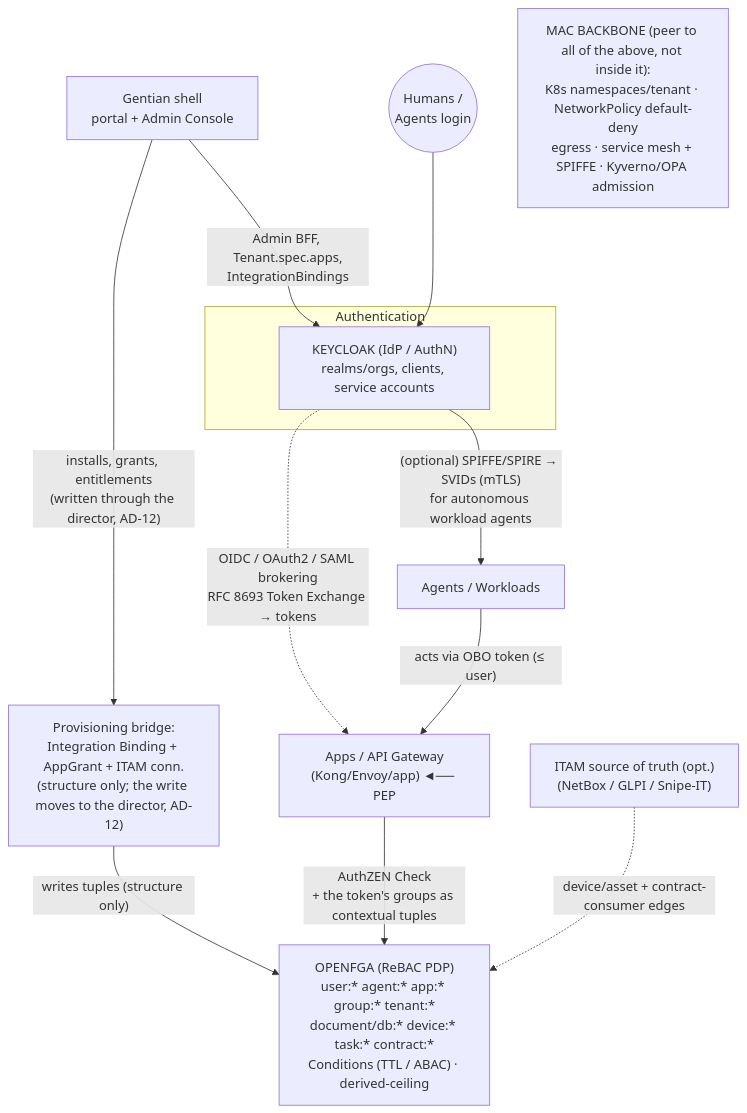
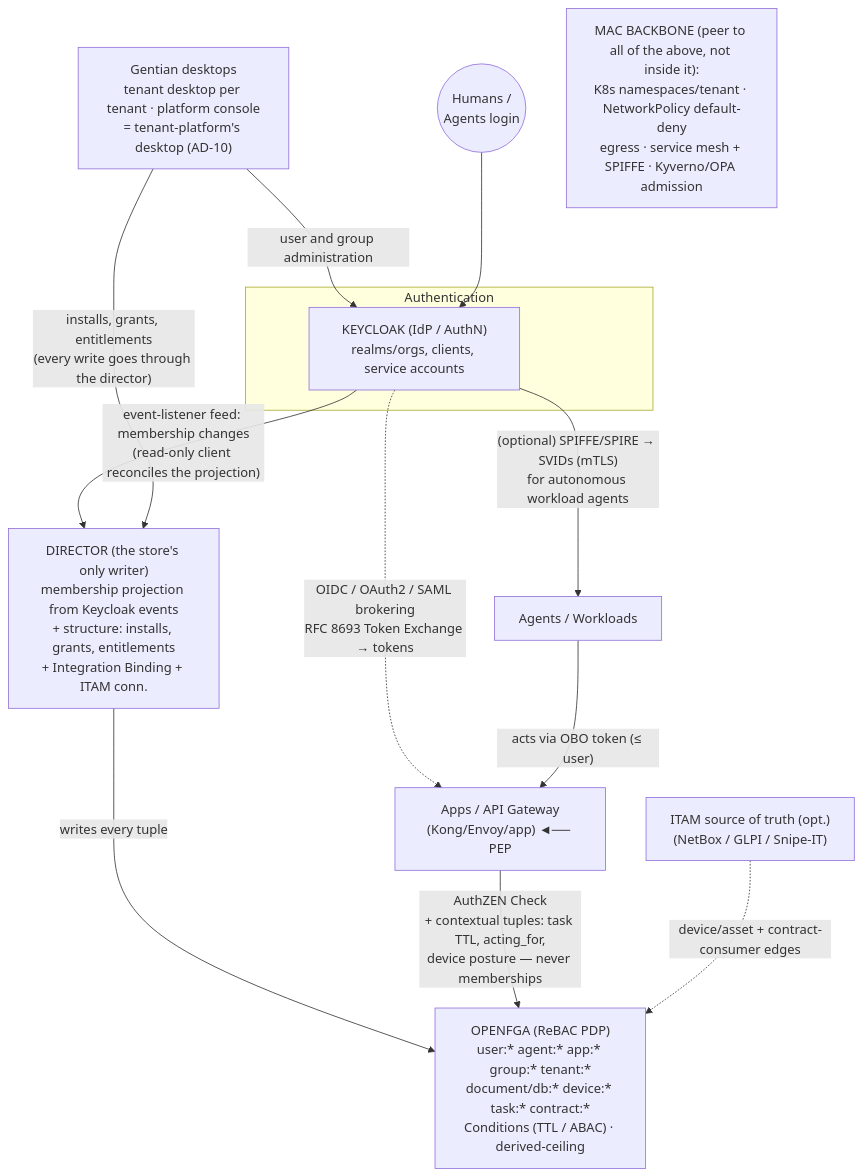
One commit to gentian-org/gentian-os changed the first of 3 diagrams in docs/design/security.md. Above: the diagram before and after it, drawn with Mermaid. The commit also changed other lines of this file, not shown here.

````diff
--- a/docs/design/security.md
+++ b/docs/design/security.md
@@ -140,35 +141,36 @@
 ```mermaid
 flowchart TD
-    Shell["Gentian shell<br>portal + Admin Console"]
+    Shell["Gentian desktops<br>tenant desktop per tenant · platform console<br>= tenant-platform's desktop (AD-10)"]
     
     Users(("Humans /<br>Agents login"))
     
     subgraph Identity ["Authentication"]
         Keycloak["KEYCLOAK (IdP / AuthN)<br>realms/orgs, clients, service accounts"]
     end
     
-    Bridge["Provisioning bridge:<br>Integration Binding + AppGrant + ITAM conn.<br>(structure only; the write moves to the director, AD-12)"]
+    Director["DIRECTOR (the store's only writer)<br>membership projection from Keycloak events<br>+ structure: installs, grants, entitlements<br>+ Integration Binding + ITAM conn."]
     
     AgentsWorkloads["Agents / Workloads"]
     Apps["Apps / API Gateway<br>(Kong/Envoy/app) ◄── PEP"]
     
     OpenFGA["OPENFGA (ReBAC PDP)<br>user:* agent:* app:* group:* tenant:*<br>document/db:* device:* task:* contract:*<br>Conditions (TTL / ABAC) · derived-ceiling"]
     
     ITAM["ITAM source of truth (opt.)<br>(NetBox / GLPI / Snipe-IT)"]
     
     MAC["MAC BACKBONE (peer to all of the above, not inside it):<br>K8s namespaces/tenant · NetworkPolicy default-deny<br>egress · service mesh + SPIFFE · Kyverno/OPA admission"]
     
-    Shell -->|"Admin BFF, Tenant.spec.apps,<br>IntegrationBindings"| Keycloak
+    Shell -->|"user and group administration"| Keycloak
     Users --> Keycloak
     Keycloak -.->|"OIDC / OAuth2 / SAML brokering<br>RFC 8693 Token Exchange → tokens"| Apps
     
+    Keycloak -->|"event-listener feed: membership changes<br>(read-only client reconciles the projection)"| Director
     Keycloak -->|"(optional) SPIFFE/SPIRE → SVIDs (mTLS)<br>for autonomous workload agents"| AgentsWorkloads
     
     AgentsWorkloads -->|"acts via OBO token (≤ user)"| Apps
     
-    Shell -->|"installs, grants, entitlements<br>(written through the director, AD-12)"| Bridge
-    Bridge -->|"writes tuples (structure only)"| OpenFGA
-    Apps -->|"AuthZEN Check<br>+ the token's groups as contextual tuples"| OpenFGA
+    Shell -->|"installs, grants, entitlements<br>(every write goes through the director)"| Director
+    Director -->|"writes every tuple"| OpenFGA
+    Apps -->|"AuthZEN Check<br>+ contextual tuples: task TTL, acting_for,<br>device posture — never memberships"| OpenFGA
     
     ITAM -.->|"device/asset + contract-consumer edges"| OpenFGA
 ```
````
